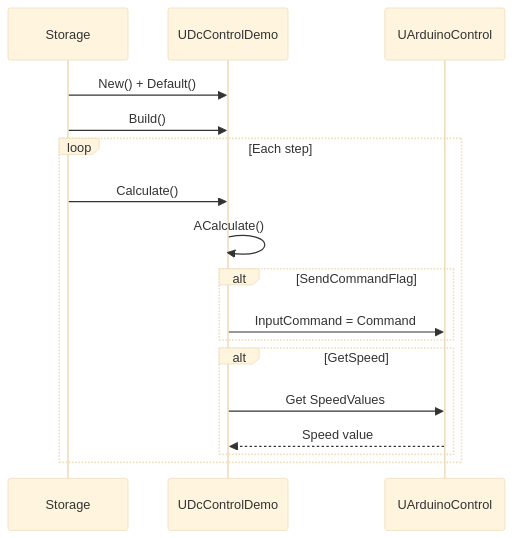
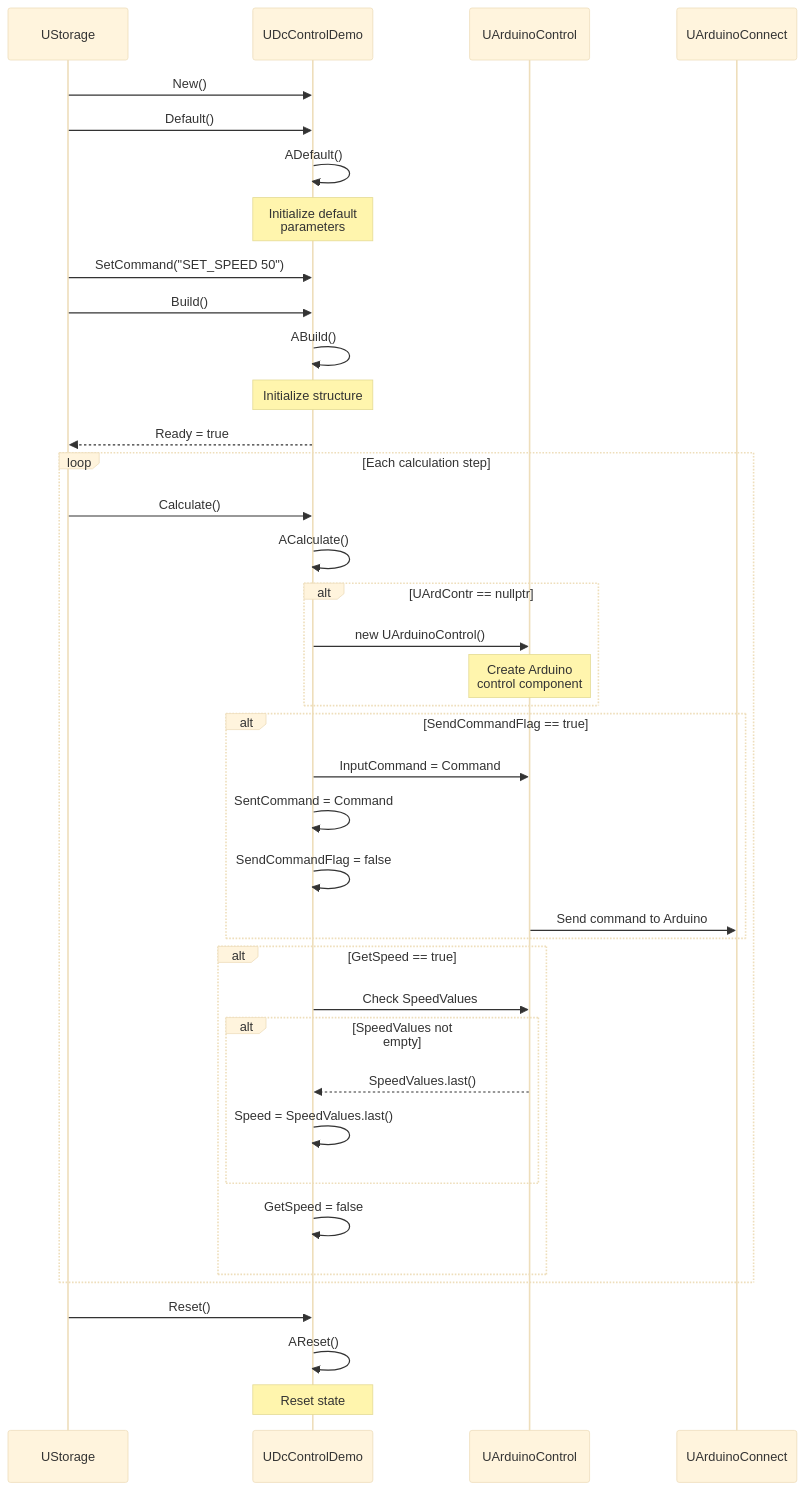
The seventh of 10 diagrams in Docs/Legacy/DC.md (aicommunity/Rdk-HardwareLib), drawn with Mermaid (base theme) before and after one commit. The commit also changed other lines of this file and 4 other files, not shown here.

First line of the commit message:
docs(hardware): complete bilingual EN quality: mermaid sync, full translations, zero cyrillic in EN

````diff
--- a/Docs/Legacy/DC.md
+++ b/Docs/Legacy/DC.md
@@ -517,20 +540,42 @@
 ```mermaid
 sequenceDiagram
-    participant Storage
+    participant Storage as UStorage
     participant DC as UDcControlDemo
     participant Arduino as UArduinoControl
+    participant Connect as UArduinoConnect
     
-    Storage->>DC: New() + Default()
+    Storage->>DC: New()
+    Storage->>DC: Default()
+    DC->>DC: ADefault()
+    Note over DC: Initialize default<br/>parameters
+    Storage->>DC: SetCommand("SET_SPEED 50")
     Storage->>DC: Build()
-    loop Each step
+    DC->>DC: ABuild()
+    Note over DC: Initialize structure
+    DC-->>Storage: Ready = true
+    loop Each calculation step
         Storage->>DC: Calculate()
         DC->>DC: ACalculate()
-        alt SendCommandFlag
+        alt UArdContr == nullptr
+            DC->>Arduino: new UArduinoControl()
+            Note over Arduino: Create Arduino<br/>control component
+        end
+        alt SendCommandFlag == true
             DC->>Arduino: InputCommand = Command
+            DC->>DC: SentCommand = Command
+            DC->>DC: SendCommandFlag = false
+            Arduino->>Connect: Send command to Arduino
         end
-        alt GetSpeed
-            DC->>Arduino: Get SpeedValues
-            Arduino-->>DC: Speed value
+        alt GetSpeed == true
+            DC->>Arduino: Check SpeedValues
+            alt SpeedValues not empty
+                Arduino-->>DC: SpeedValues.last()
+                DC->>DC: Speed = SpeedValues.last()
+            end
+            DC->>DC: GetSpeed = false
         end
     end
+    Storage->>DC: Reset()
+    DC->>DC: AReset()
+    Note over DC: Reset state
 ```
````
